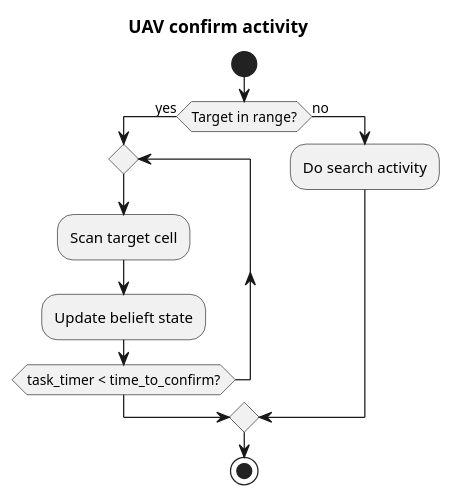
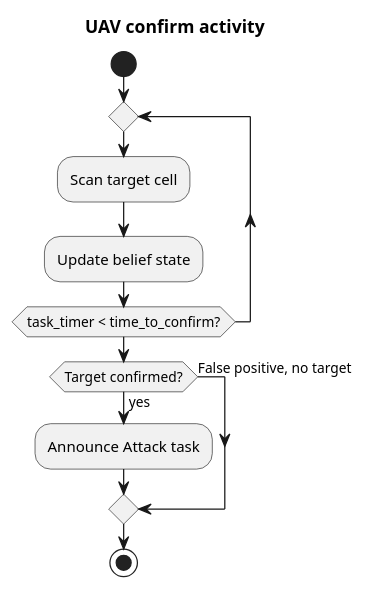
Before and after one commit to tansir1/thesis: the diagram in dissertation/diagrams/uav_activity_confirm.pu, drawn with PlantUML. The commit also changed 4 other files, not shown here.

Commit message:
UAV task activity diagram cleanup.

```diff
--- a/dissertation/diagrams/uav_activity_confirm.pu
+++ b/dissertation/diagrams/uav_activity_confirm.pu
@@ -1,18 +1,19 @@
 @startuml
 
 title UAV confirm activity
 
 start
 
-if (Target in range?) then (yes)
-  repeat
-    :Scan target cell;
-    :Update belieft state;
-  repeat while (task_timer < time_to_confirm?)
-else (no)
-  :Do search activity;
+repeat
+  :Scan target cell;
+  :Update belief state;
+repeat while (task_timer < time_to_confirm?)
+
+if (Target confirmed?) then (yes)
+  :Announce Attack task;
+else (False positive, no target)
 endif
 
 stop
 
 @enduml
```
